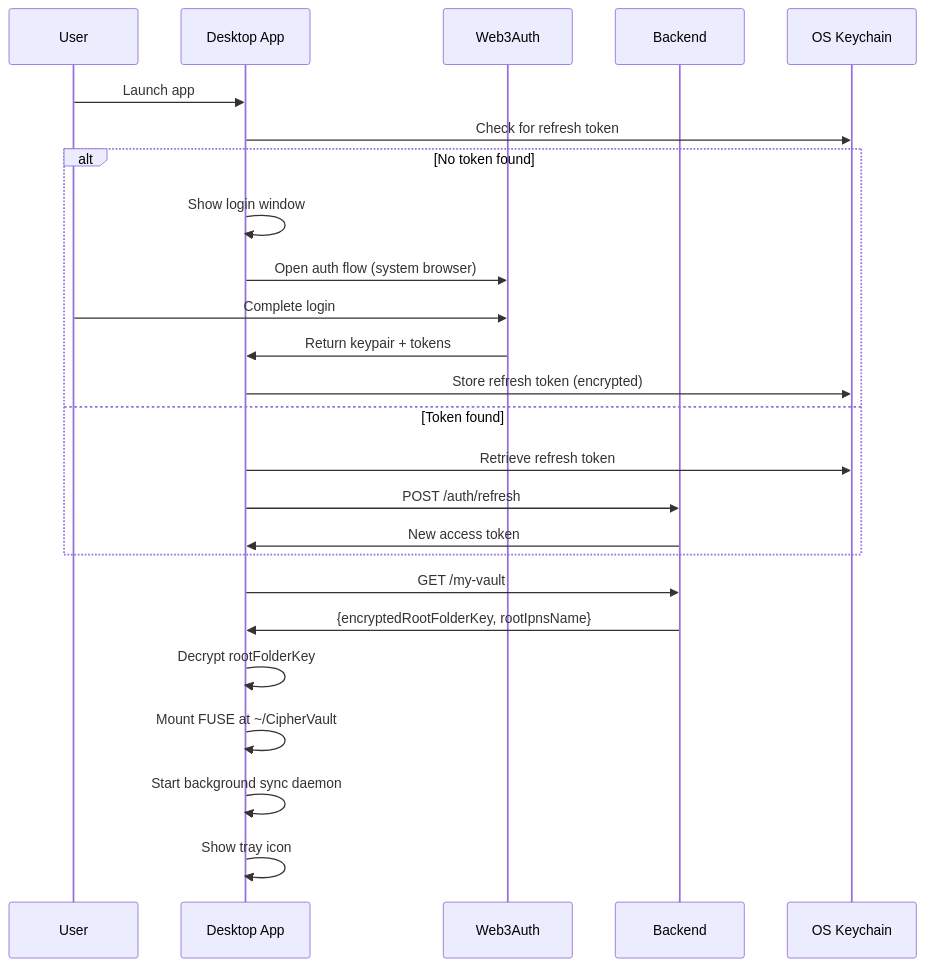
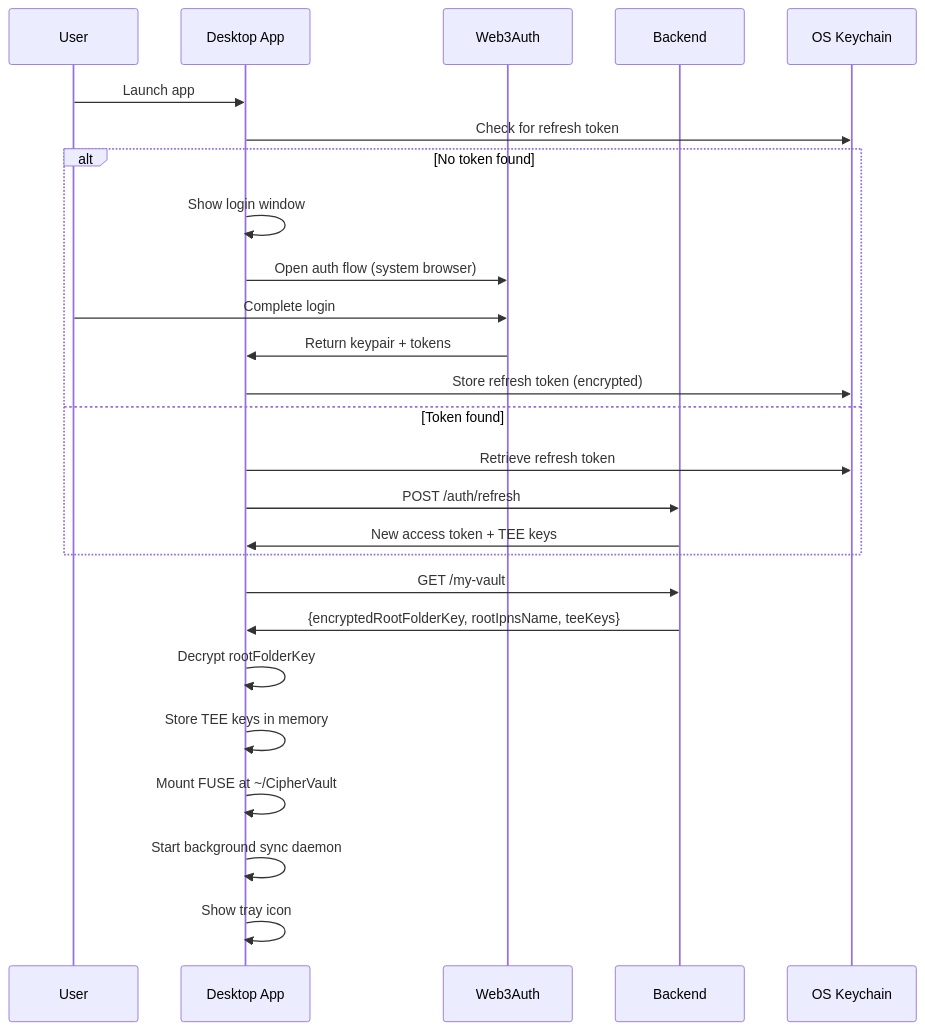
The diagram in Documentation/CLIENT_SPECIFICATION.md (FSM1/cipher-box), drawn with Mermaid before and after one commit. The commit also changed other lines of this file and 6 other files, not shown here.

````diff
--- a/Documentation/CLIENT_SPECIFICATION.md
+++ b/Documentation/CLIENT_SPECIFICATION.md
@@ -289,30 +297,31 @@
 ```mermaid
 sequenceDiagram
     participant U as User
     participant App as Desktop App
     participant W as Web3Auth
     participant B as Backend
     participant K as OS Keychain
-    
+
     U->>App: Launch app
     App->>K: Check for refresh token
-    
+
     alt No token found
         App->>App: Show login window
         App->>W: Open auth flow (system browser)
         U->>W: Complete login
         W->>App: Return keypair + tokens
         App->>K: Store refresh token (encrypted)
     else Token found
         App->>K: Retrieve refresh token
         App->>B: POST /auth/refresh
-        B->>App: New access token
+        B->>App: New access token + TEE keys
     end
-    
+
     App->>B: GET /my-vault
-    B->>App: {encryptedRootFolderKey, rootIpnsName}
+    B->>App: {encryptedRootFolderKey, rootIpnsName, teeKeys}
     App->>App: Decrypt rootFolderKey
+    App->>App: Store TEE keys in memory
     App->>App: Mount FUSE at ~/CipherVault
     App->>App: Start background sync daemon
     App->>App: Show tray icon
 ```
````
